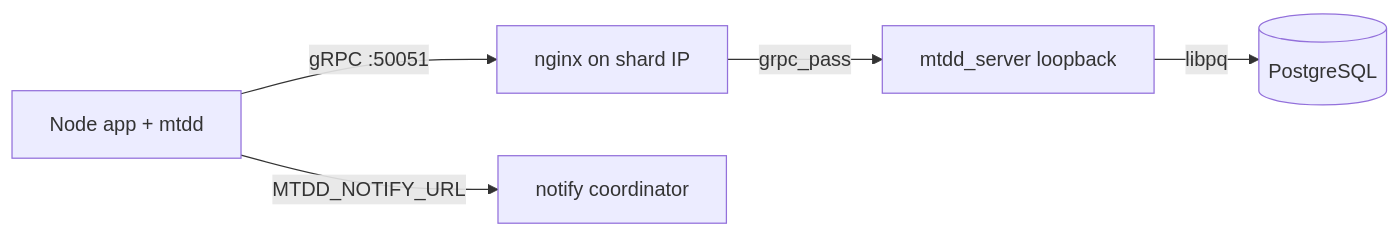
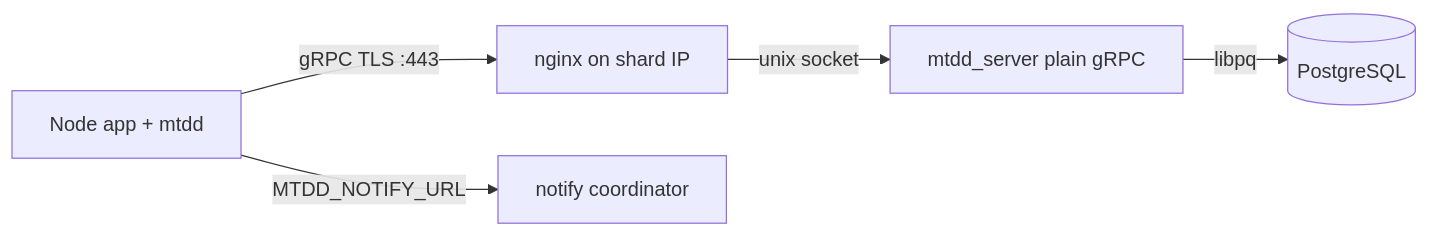
The diagram in README.md (advcomm/mtdd_server), drawn with Mermaid before and after one commit. The commit also changed other lines of this file and 21 other files, not shown here.

````diff
--- a/README.md
+++ b/README.md
@@ -127,7 +126,7 @@
 ```mermaid
 flowchart LR
-  App[Node app + mtdd] -->|gRPC :50051| Nginx[nginx on shard IP]
-  Nginx -->|grpc_pass| Server[mtdd_server loopback]
+  App[Node app + mtdd] -->|gRPC TLS :443| Nginx[nginx on shard IP]
+  Nginx -->|unix socket| Server[mtdd_server plain gRPC]
   Server -->|libpq| PG[(PostgreSQL)]
   App -->|MTDD_NOTIFY_URL| NotifyCoord[notify coordinator]
 ```
````
